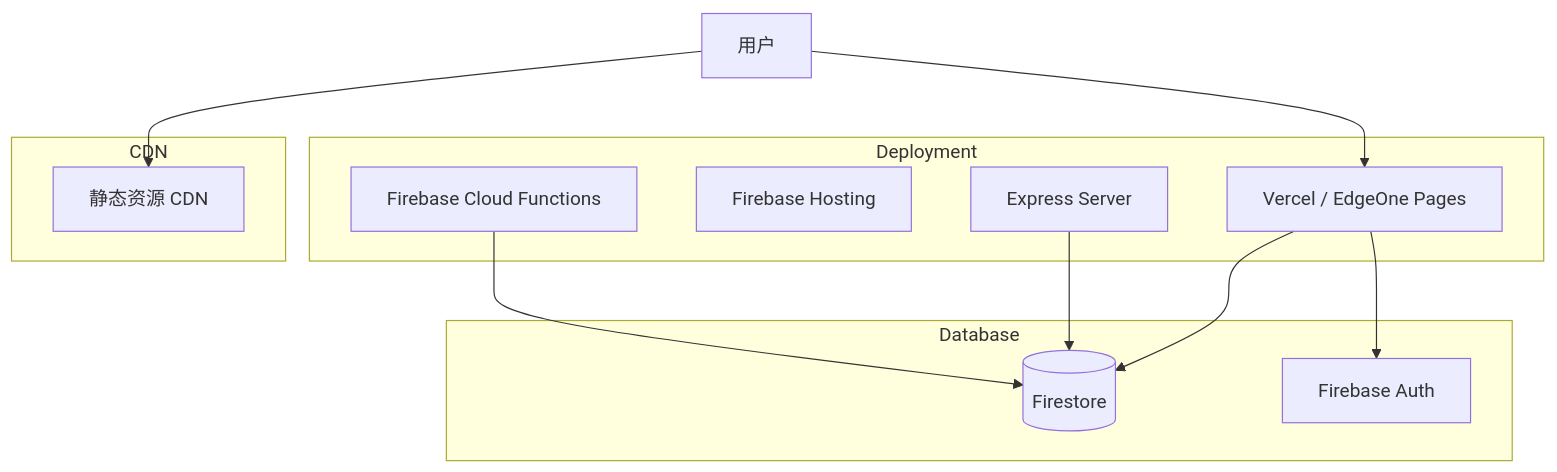
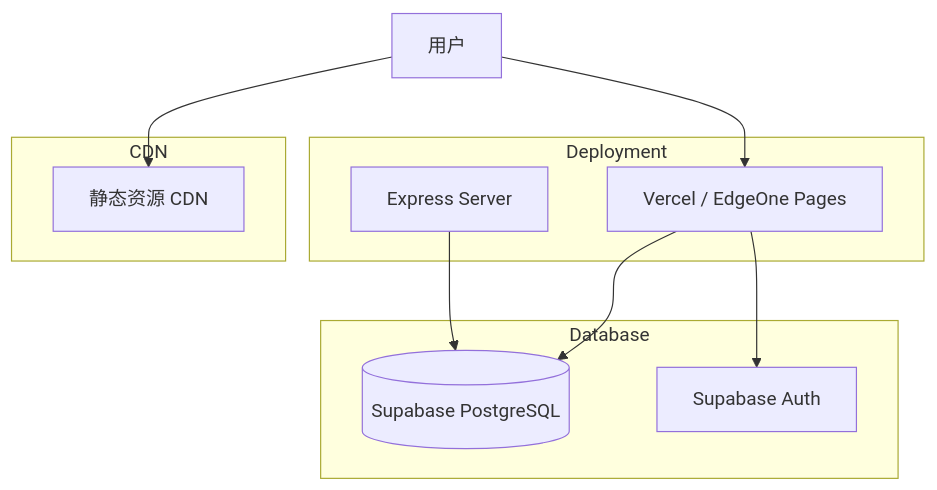
One commit to AjaCHN/LLM-API-Sentinel changed diagram 11 of 13 in openspec/architecture.md. Above: the diagram before and after it, drawn with Mermaid. The commit also changed other lines of this file and 5 other files, not shown here.

First line of the commit message:
docs: 重构 openspec 规范文档，将 Firebase 引用更新为 Supabase

````diff
--- a/openspec/architecture.md
+++ b/openspec/architecture.md
@@ -390,26 +389,23 @@
 ```mermaid
 graph TD
     subgraph Deployment
         Vercel[Vercel / EdgeOne Pages]
-        Firebase[Firebase Hosting]
-        CloudFunctions[Firebase Cloud Functions]
         Express[Express Server]
     end
     
     subgraph Database
-        Firestore[(Firestore)]
-        Auth[Firebase Auth]
+        Supabase[(Supabase PostgreSQL)]
+        Auth[Supabase Auth]
     end
     
     subgraph CDN
         Static[静态资源 CDN]
     end
     
     User[用户] --> Static
     User --> Vercel
-    Vercel --> Firestore
+    Vercel --> Supabase
     Vercel --> Auth
     
-    Express --> Firestore
-    CloudFunctions --> Firestore
+    Express --> Supabase
 ```
````
